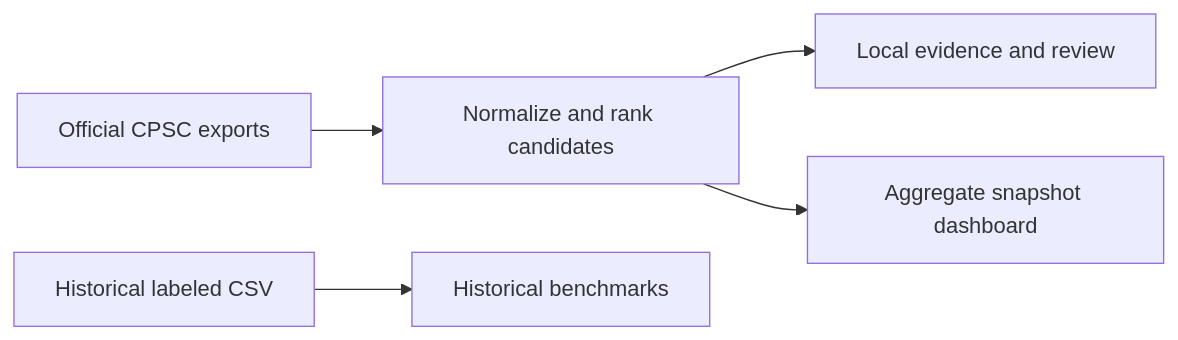
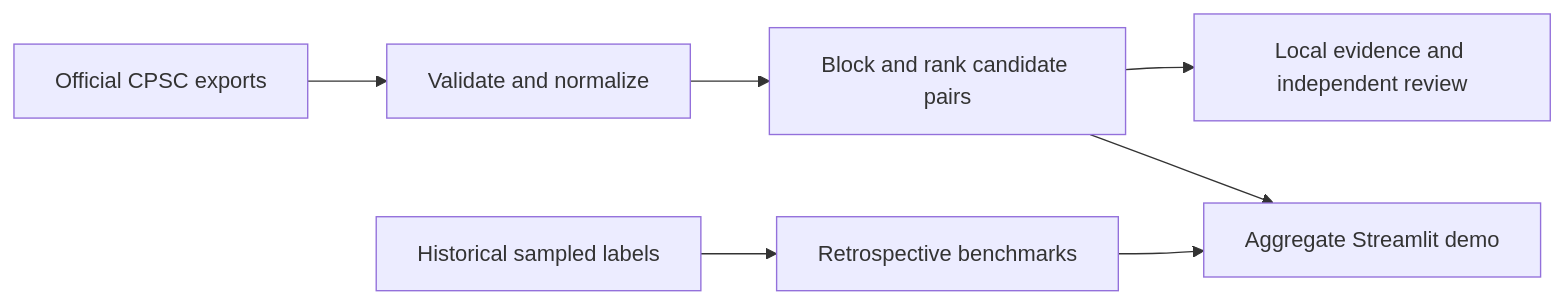
Before and after one commit to youssefrafik6/RecallGuard-V2: the diagram in README.md, drawn with Mermaid. The commit also changed other lines of this file and 16 other files, not shown here.

Commit message:
Prepare public portfolio demo and independent linkage review

````diff
--- a/README.md
+++ b/README.md
@@ -9,7 +13,9 @@
 ```mermaid
 flowchart LR
-    R[Official CPSC exports] --> L[Normalize and rank candidates]
-    L --> H[Local evidence and review]
-    L --> A[Aggregate snapshot dashboard]
-    C[Historical labeled CSV] --> S[Historical benchmarks]
+    A[Official CPSC exports] --> B[Validate and normalize]
+    B --> C[Block and rank candidate pairs]
+    C --> D[Local evidence and independent review]
+    C --> E[Aggregate Streamlit demo]
+    H[Historical sampled labels] --> M[Retrospective benchmarks]
+    M --> E
 ```
````
